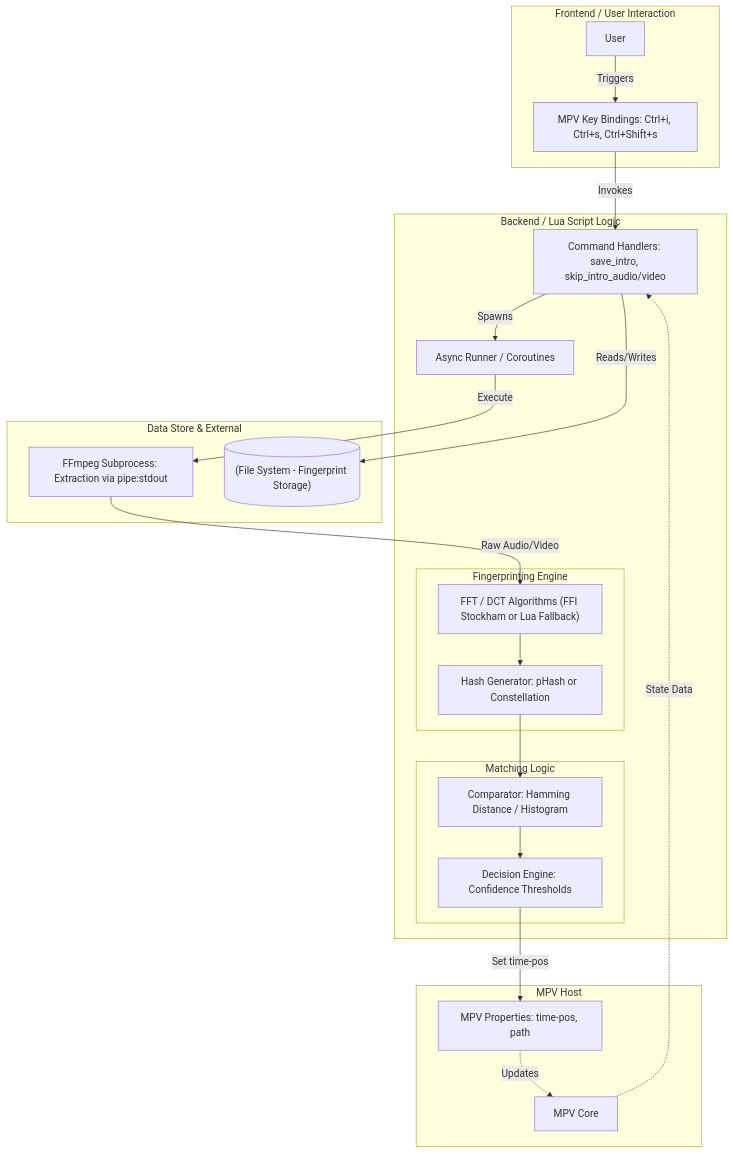
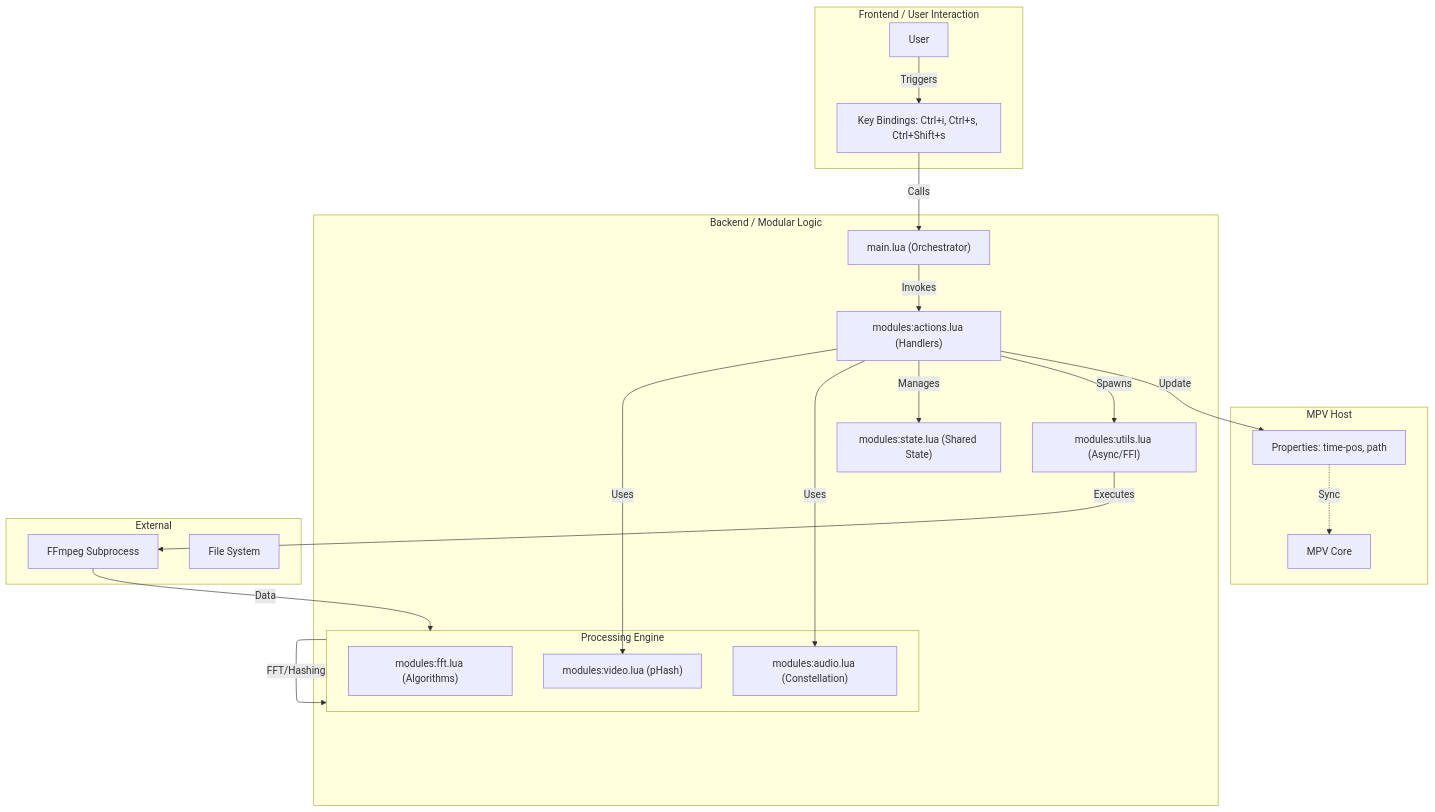
Before and after one commit to jjangsangy/intro-fingerprint: the diagram in memory-bank/systemPatterns.md, drawn with Mermaid. The commit also changed other lines of this file and 13 other files, not shown here.

````diff
--- a/memory-bank/systemPatterns.md
+++ b/memory-bank/systemPatterns.md
@@ -6,46 +6,44 @@
 ```mermaid
 flowchart TD
     subgraph Frontend [Frontend / User Interaction]
         User[User]
-        KeyBinds["MPV Key Bindings: Ctrl+i, Ctrl+s, Ctrl+Shift+s"]
+        KeyBinds["Key Bindings: Ctrl+i, Ctrl+s, Ctrl+Shift+s"]
     end
 
     subgraph Host [MPV Host]
         MPV[MPV Core]
-        Properties["MPV Properties: time-pos, path"]
+        Properties["Properties: time-pos, path"]
     end
 
-    subgraph Backend [Backend / Lua Script Logic]
-        Handlers["Command Handlers: save_intro, skip_intro_audio/video"]
-        Async["Async Runner / Coroutines"]
+    subgraph Backend [Backend / Modular Logic]
+        Main["main.lua (Orchestrator)"]
+        Actions["modules:actions.lua (Handlers)"]
+        Utils["modules:utils.lua (Async/FFI)"]
+        State["modules:state.lua (Shared State)"]
         
-        subgraph Engine [Fingerprinting Engine]
-            FFT["FFT / DCT Algorithms (FFI Stockham or Lua Fallback)"]
-            HashGen["Hash Generator: pHash or Constellation"]
-        end
-        
-        subgraph Logic [Matching Logic]
-            Compare["Comparator: Hamming Distance / Histogram"]
-            Decision["Decision Engine: Confidence Thresholds"]
+        subgraph Engine [Processing Engine]
+            FFT["modules:fft.lua (Algorithms)"]
+            Video["modules:video.lua (pHash)"]
+            Audio["modules:audio.lua (Constellation)"]
         end
     end
 
-    subgraph Data [Data Store & External]
-        FFmpeg["FFmpeg Subprocess: Extraction via pipe:stdout"]
-        FS[("(File System - Fingerprint Storage)")]
+    subgraph Data [External]
+        FFmpeg["FFmpeg Subprocess"]
+        FS["File System"]
     end
 
     %% Flow
     User -->|Triggers| KeyBinds
-    KeyBinds -->|Invokes| Handlers
-    Handlers -->|Reads/Writes| FS
-    Handlers -->|Spawns| Async
-    Async -->|Execute| FFmpeg
-    FFmpeg -->|Raw Audio/Video| FFT
-    FFT --> HashGen
-    HashGen --> Compare
-    Compare --> Decision
-    Decision -->|Set time-pos| Properties
-    Properties -.->|Updates| MPV
-    MPV -.->|State Data| Handlers
+    KeyBinds -->|Calls| Main
+    Main -->|Invokes| Actions
+    Actions -->|Uses| Video
+    Actions -->|Uses| Audio
+    Actions -->|Manages| State
+    Actions -->|Spawns| Utils
+    Utils -->|Executes| FFmpeg
+    FFmpeg -->|Data| Engine
+    Engine -->|FFT/Hashing| Engine
+    Actions -->|Update| Properties
+    Properties -.->|Sync| MPV
 ```
````
